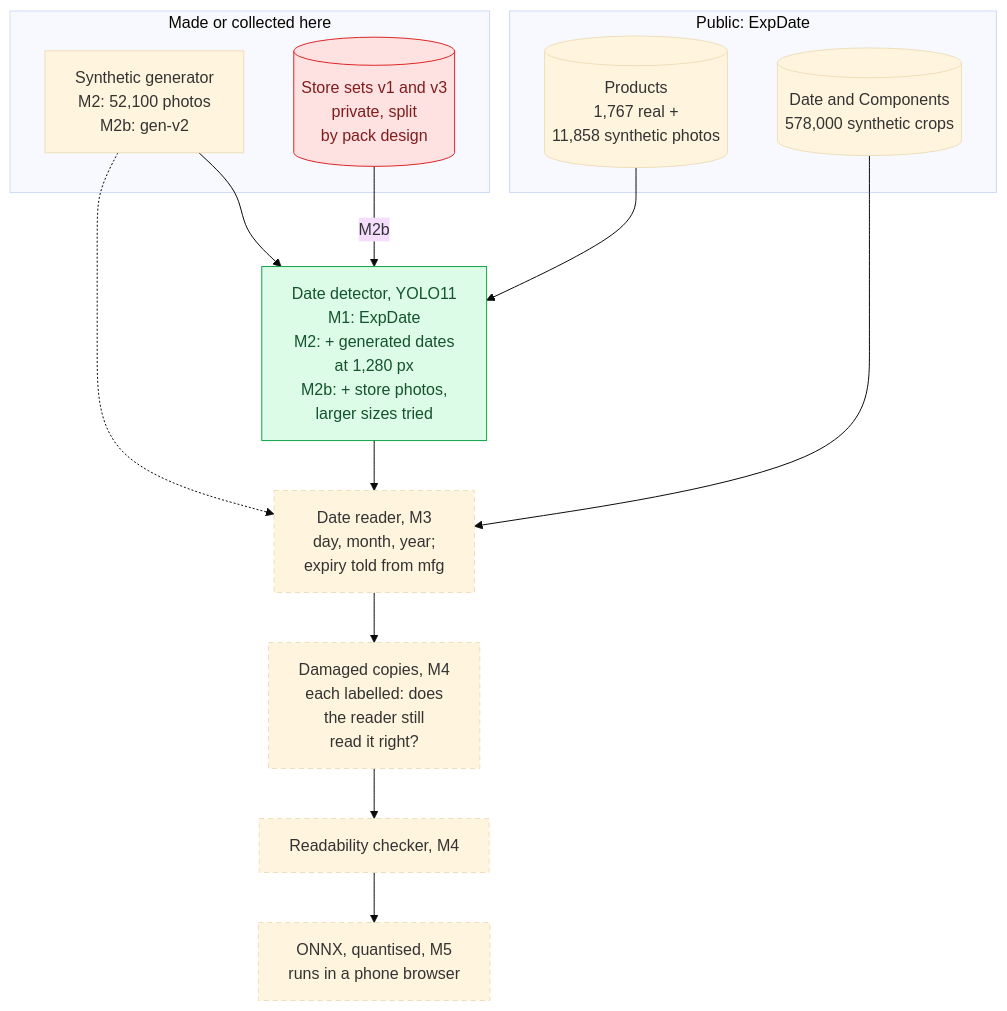
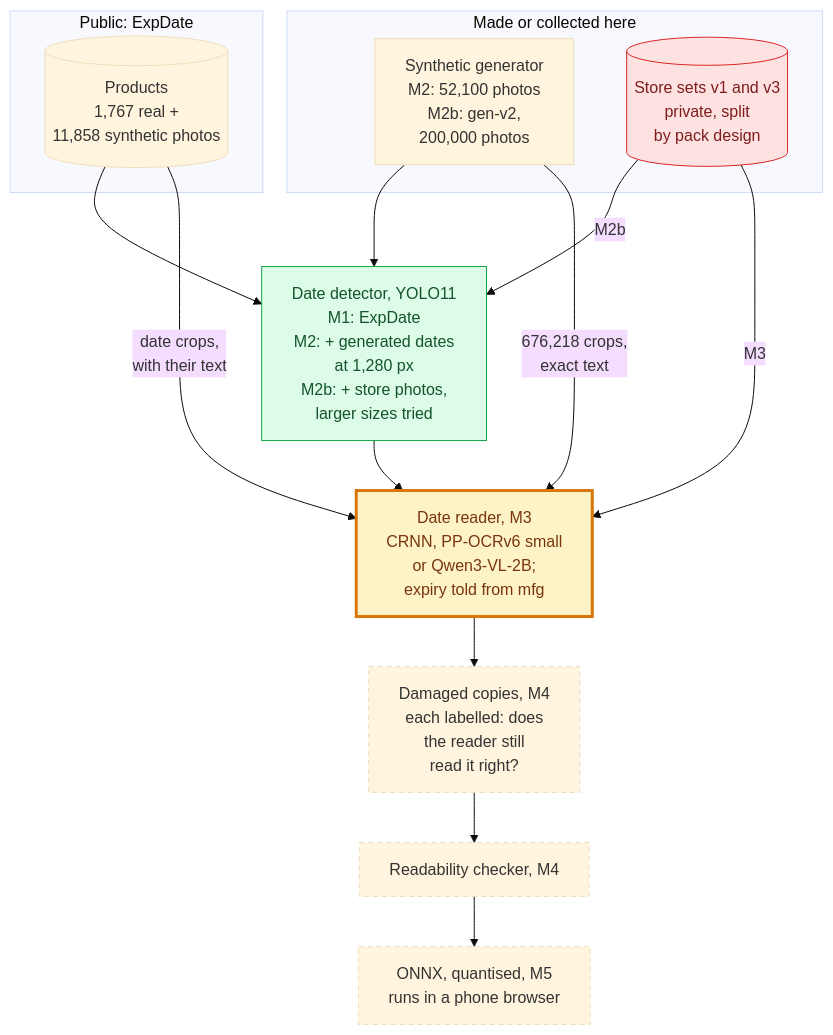
One commit to aayushroopchandani/bestbefore changed the second of 13 diagrams in README.md. Above: the diagram before and after it, drawn with Mermaid (base theme). The commit also changed other lines of this file, not shown here.

````diff
--- a/README.md
+++ b/README.md
@@ -128,26 +137,28 @@
 ```mermaid
 flowchart TD
     subgraph pub["Public: ExpDate"]
         PROD[("Products<br/>1,767 real +<br/>11,858 synthetic photos")]
-        CROPS[("Date and Components<br/>578,000 synthetic crops")]
     end
     subgraph own["Made or collected here"]
-        GEN["Synthetic generator<br/>M2: 52,100 photos<br/>M2b: gen-v2"]
+        GEN["Synthetic generator<br/>M2: 52,100 photos<br/>M2b: gen-v2,<br/>200,000 photos"]
         STORE[("Store sets v1 and v3<br/>private, split<br/>by pack design")]
     end
     PROD --> DET["Date detector, YOLO11<br/>M1: ExpDate<br/>M2: + generated dates<br/>at 1,280 px<br/>M2b: + store photos,<br/>larger sizes tried"]
     GEN --> DET
     STORE -- "M2b" --> DET
-    DET --> READ["Date reader, M3<br/>day, month, year;<br/>expiry told from mfg"]
-    CROPS --> READ
-    GEN -.-> READ
+    DET --> READ["Date reader, M3<br/>CRNN, PP-OCRv6 small<br/>or Qwen3-VL-2B;<br/>expiry told from mfg"]
+    PROD -- "date crops,<br/>with their text" --> READ
+    GEN -- "676,218 crops,<br/>exact text" --> READ
+    STORE -- "M3" --> READ
     READ --> DMG["Damaged copies, M4<br/>each labelled: does<br/>the reader still<br/>read it right?"]
     DMG --> CHK["Readability checker, M4"]
     CHK --> PHONE["ONNX, quantised, M5<br/>runs in a phone browser"]
     class DET built
-    class READ,DMG,CHK,PHONE planned
+    class READ now
+    class DMG,CHK,PHONE planned
     class STORE private
     classDef built fill:#dcfce7,stroke:#16a34a,color:#14532d
+    classDef now fill:#fef3c7,stroke:#d97706,stroke-width:3px,color:#78350f
     classDef planned stroke-dasharray:5 4
     classDef private fill:#fee2e2,stroke:#dc2626,color:#7f1d1d
 ```
````
